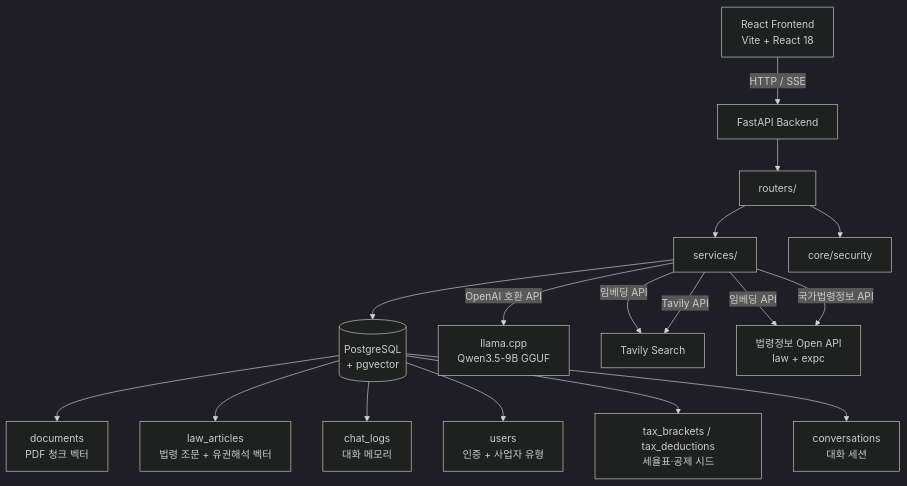
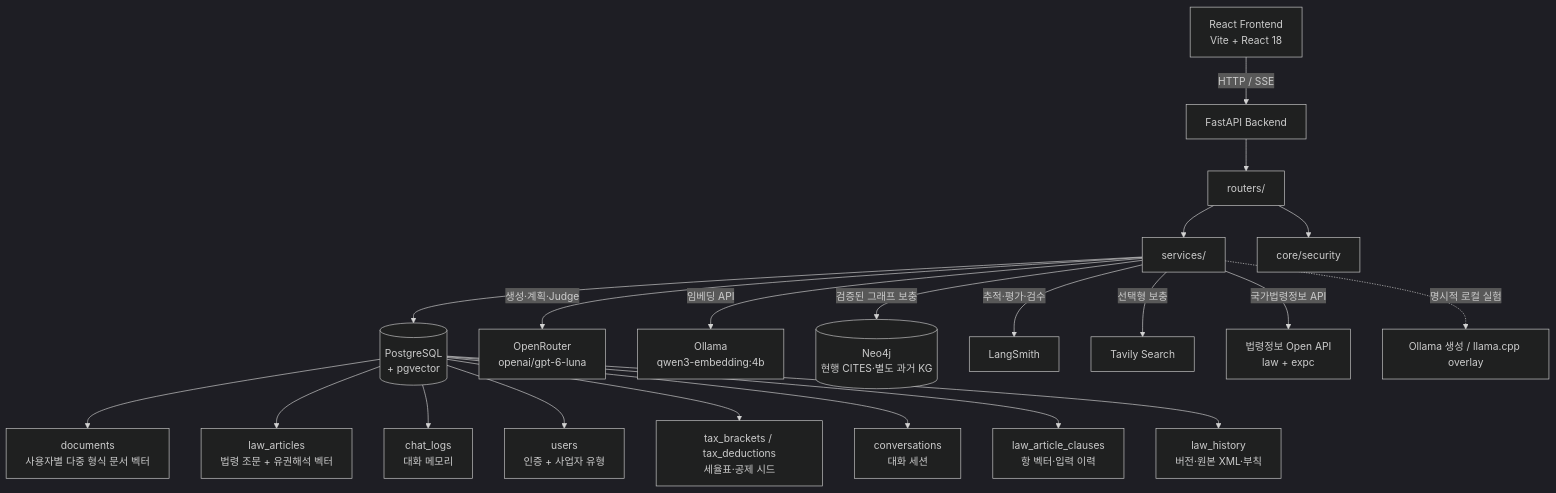
One commit to pth6254/tax_assistant changed the second of 2 diagrams in README.md. Above: the diagram before and after it, drawn with Mermaid (dark theme). The commit also changed other lines of this file and 11 other files, not shown here.

````diff
--- a/README.md
+++ b/README.md
@@ -276,22 +307,26 @@
 ```mermaid
 graph TD
     A[React Frontend<br/>Vite + React 18] -->|HTTP / SSE| B[FastAPI Backend]
 
     B --> C[routers/]
     C --> D[services/]
     C --> E[core/security]
     D --> F[(PostgreSQL<br/>+ pgvector)]
 
-    D -->|OpenAI 호환 API| G[llama.cpp<br/>Qwen3.5-9B GGUF]
+    D -->|생성·계획·Judge| G[OpenRouter<br/>openai/gpt-6-luna]
     D -->|임베딩 API| H[Ollama<br/>qwen3-embedding:4b]
-    D -->|임베딩 API| I[llama.cpp<br/>Qwen3 Embedding 4B GGUF]
-    D -->|Tavily API| H[Tavily Search]
-    D -->|국가법령정보 API| I[법령정보 Open API<br/>law + expc]
+    D -->|검증된 그래프 보충| K[(Neo4j<br/>현행 CITES·별도 과거 KG)]
+    D -->|추적·평가·검수| T[LangSmith]
+    D -->|선택형 보충| W[Tavily Search]
+    D -->|국가법령정보 API| L[법령정보 Open API<br/>law + expc]
+    D -.->|명시적 로컬 실험| P[Ollama 생성 / llama.cpp overlay]
 
-    F --> F1[documents<br/>PDF 청크 벡터]
+    F --> F1[documents<br/>사용자별 다중 형식 문서 벡터]
     F --> F2[law_articles<br/>법령 조문 + 유권해석 벡터]
     F --> F3[chat_logs<br/>대화 메모리]
     F --> F4[users<br/>인증 + 사업자 유형]
     F --> F5[tax_brackets / tax_deductions<br/>세율표·공제 시드]
     F --> F6[conversations<br/>대화 세션]
+    F --> F7[law_article_clauses<br/>항 벡터·입력 이력]
+    F --> F8[law_history<br/>버전·원본 XML·부칙]
 ```
````
